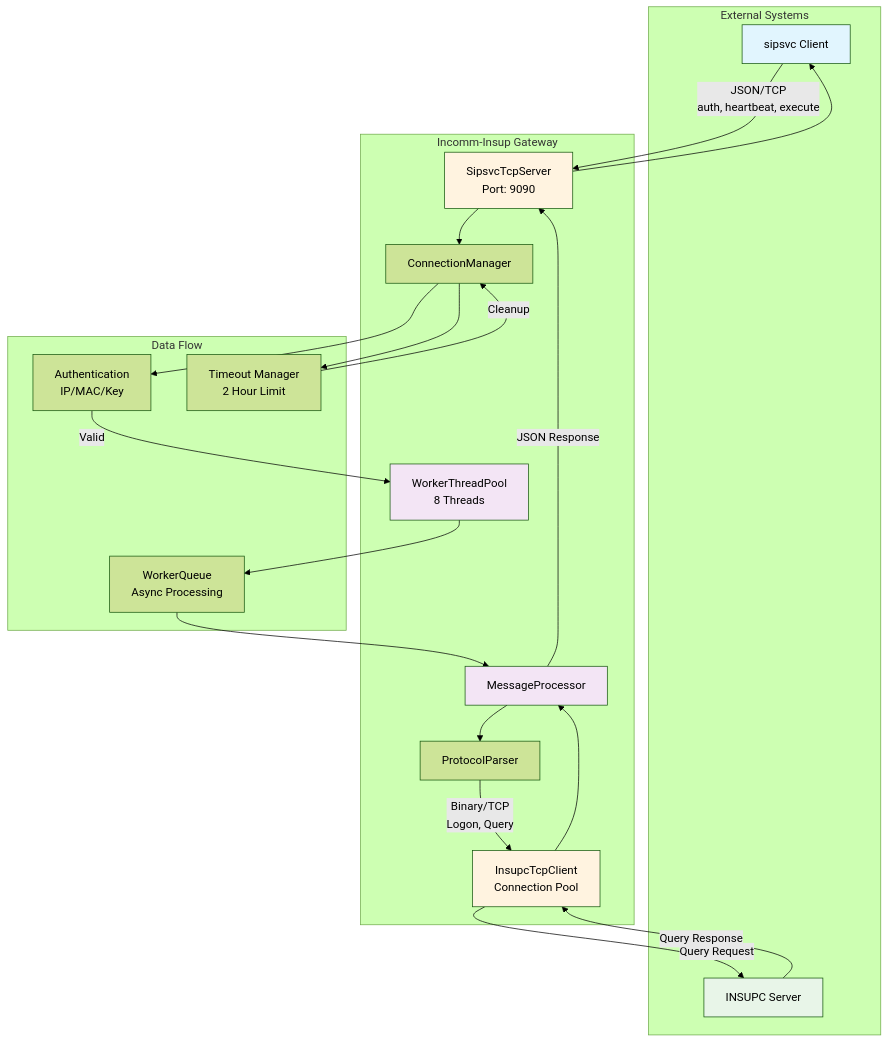
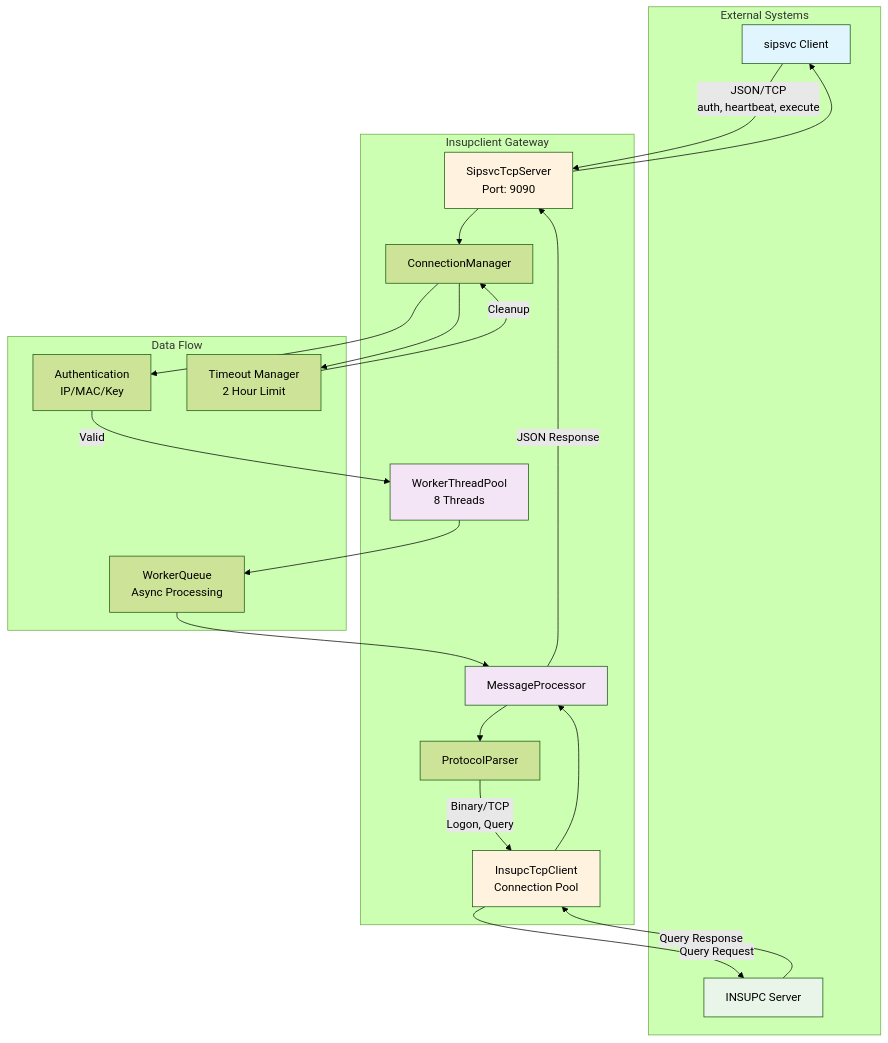
One commit to hak023/incomm-insup changed the first of 3 diagrams in README.md. Above: the diagram before and after it, drawn with Mermaid (forest theme). The commit also changed other lines of this file and 31 other files, not shown here.

````diff
--- a/README.md
+++ b/README.md
@@ -36,46 +36,46 @@
 ```mermaid
 graph TB
     subgraph "External Systems"
         A[sipsvc Client]
         B[INSUPC Server]
     end
     
-    subgraph "Incomm-Insup Gateway"
+    subgraph "Insupclient Gateway"
         C[SipsvcTcpServer<br/>Port: 9090]
         D[ConnectionManager]
         E[WorkerThreadPool<br/>8 Threads]
         F[MessageProcessor]
         G[InsupcTcpClient<br/>Connection Pool]
         H[ProtocolParser]
     end
     
     subgraph "Data Flow"
         I[WorkerQueue<br/>Async Processing]
         J[Authentication<br/>IP/MAC/Key]
         K[Timeout Manager<br/>2 Hour Limit]
     end
     
     A -->|JSON/TCP<br/>auth, heartbeat, execute| C
     C --> D
     D --> J
     J -->|Valid| E
     E --> I
     I --> F
     F --> H
     H -->|Binary/TCP<br/>Logon, Query| G
     G -->|Query Request| B
     B -->|Query Response| G
     G --> F
     F -->|JSON Response| C
     C --> A
     
     D --> K
     K -->|Cleanup| D
     
     style A fill:#e1f5fe
     style B fill:#e8f5e8
     style C fill:#fff3e0
     style G fill:#fff3e0
     style E fill:#f3e5f5
     style F fill:#f3e5f5
 ```
````
